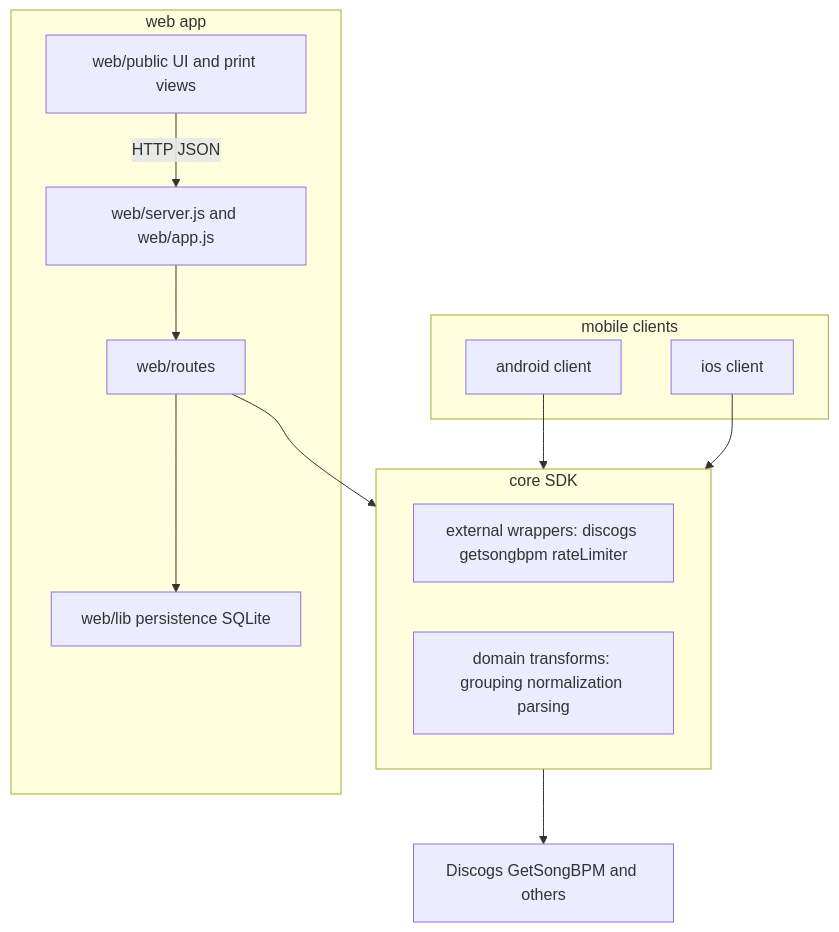
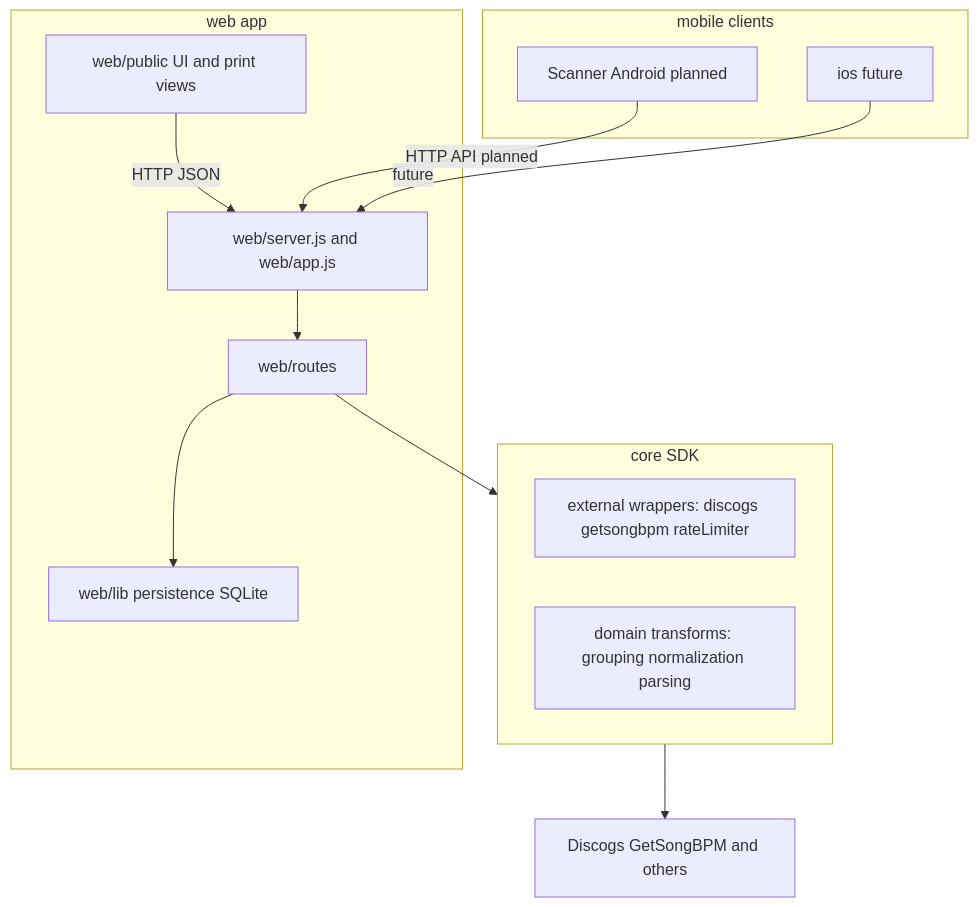
One commit to misterbrownlee/moozhak changed the diagram in docs/architecture/system-overview.md. Above: the diagram before and after it, drawn with Mermaid. The commit also changed other lines of this file and 30 other files, not shown here.

````diff
--- a/docs/architecture/system-overview.md
+++ b/docs/architecture/system-overview.md
@@ -34,24 +35,24 @@
 ```mermaid
 flowchart TB
   subgraph coreSdk [core SDK]
     wrappers["external wrappers: discogs getsongbpm rateLimiter"]
     domain["domain transforms: grouping normalization parsing"]
   end
   subgraph webApp [web app]
     webEntry["web/server.js and web/app.js"]
     webRoutes["web/routes"]
     webClient["web/public UI and print views"]
     persistence["web/lib persistence SQLite"]
   end
   subgraph mobileApps [mobile clients]
-    androidClient["android client"]
-    iosClient["ios client"]
+    scanner["Scanner Android planned"]
+    iosClient["ios future"]
   end
   webClient -->|"HTTP JSON"| webEntry
   webEntry --> webRoutes
   webRoutes --> coreSdk
   webRoutes --> persistence
-  androidClient --> coreSdk
-  iosClient --> coreSdk
+  scanner -->|"HTTP API planned"| webEntry
+  iosClient -->|"future"| webEntry
   coreSdk --> externalApis["Discogs GetSongBPM and others"]
 ```
````
